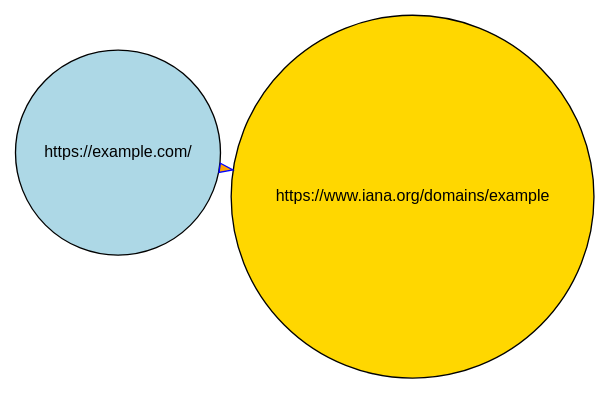
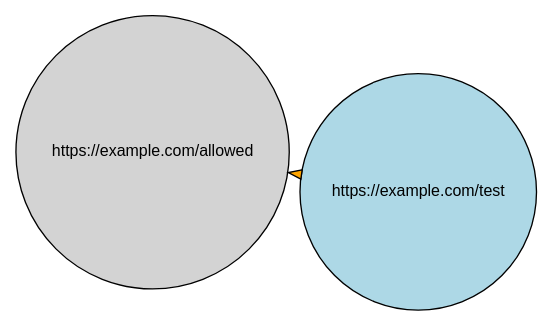
Before and after one commit to WinkeeFace/WebCrawler: the diagram in output/example.com/example.com-sitemap_2025-02-21.dot, drawn with Graphviz. The commit also changed 11 other files, not shown here.

```diff
--- a/output/example.com/example.com-sitemap_2025-02-21.dot
+++ b/output/example.com/example.com-sitemap_2025-02-21.dot
@@ -1,22 +1,23 @@
 /* Generated Site Map */
 digraph SiteMap {
     /* General Graph Attributes */
     graph [layout=neato, overlap=false, splines=true];
     node [shape=circle, fontname="Arial", fontsize=12, style=filled, fillcolor=lightgray];
     edge [fontname="Arial", fontsize=10, fillcolor=orange];
 
     /* Declare unique nodes with clickable links */
     {
-        "https://example.com/" [URL="https://example.com/"];
+        "https://example.com/allowed" [URL="https://example.com/allowed"];
+        "https://example.com/test" [URL="https://example.com/test"];
     }
 
     /* Hierarchical Structure */
-    "https://example.com/" [fillcolor=lightblue];
+    "https://example.com/test" -> "https://example.com/allowed";
+    "https://example.com/test" [fillcolor=lightblue];
 
     /* Cross-Links to Show Page Interconnections */
     edge [color=red, style=dashed];
 
     /* External Links */
     node [fillcolor=gold];
-    "https://example.com/" -> "https://www.iana.org/domains/example" [URL="https://www.iana.org/domains/example", style=dotted, color=blue];
 }
```
